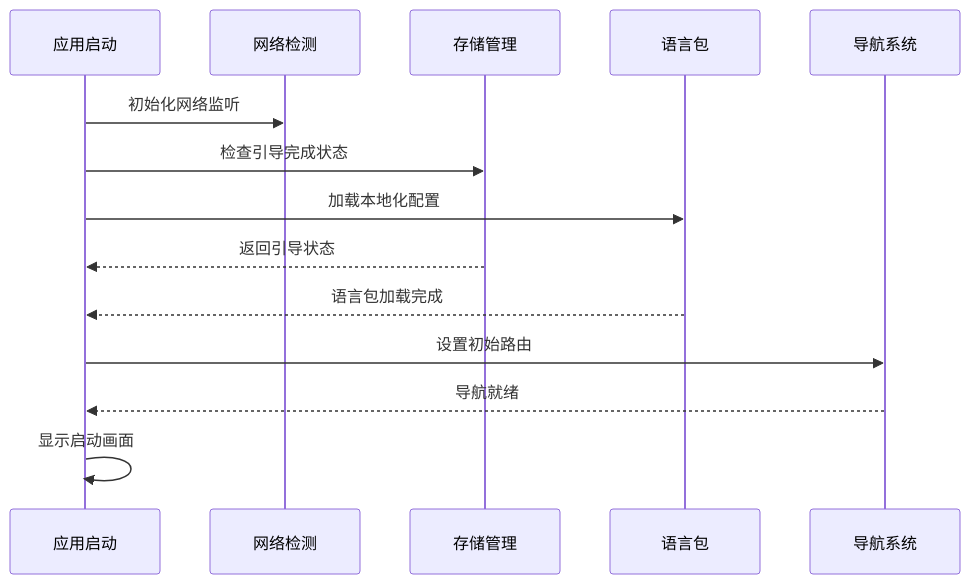
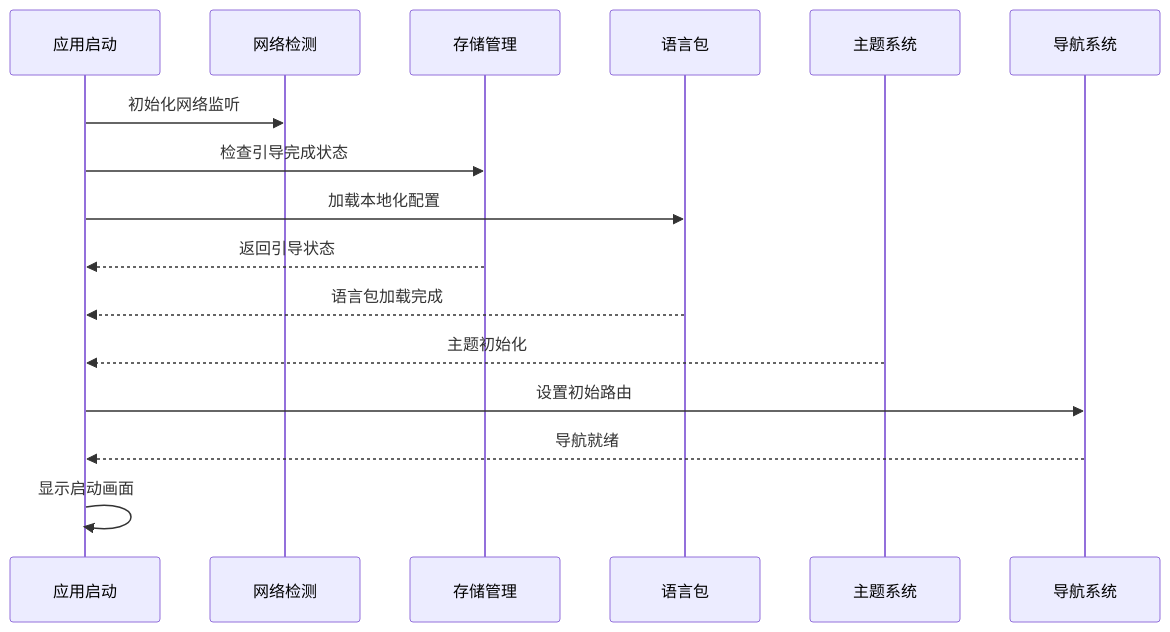
Before and after one commit to AvatoLabs/avato: the second of 14 diagrams in .qoder/repowiki/zh/content/开发指南/移动端开发指南.md, drawn with Mermaid. The commit also changed other lines of this file and 158 other files, not shown here.

````diff
--- a/.qoder/repowiki/zh/content/开发指南/移动端开发指南.md
+++ b/.qoder/repowiki/zh/content/开发指南/移动端开发指南.md
@@ -84,16 +110,18 @@
 ```mermaid
 sequenceDiagram
 participant App as 应用启动
 participant NetInfo as 网络检测
 participant Storage as 存储管理
 participant Locale as 语言包
+participant Theme as 主题系统
 participant Navigation as 导航系统
 App->>NetInfo : 初始化网络监听
 App->>Storage : 检查引导完成状态
 App->>Locale : 加载本地化配置
 Storage-->>App : 返回引导状态
 Locale-->>App : 语言包加载完成
+Theme-->>App : 主题初始化
 App->>Navigation : 设置初始路由
 Navigation-->>App : 导航就绪
 App->>App : 显示启动画面
 ```
````
